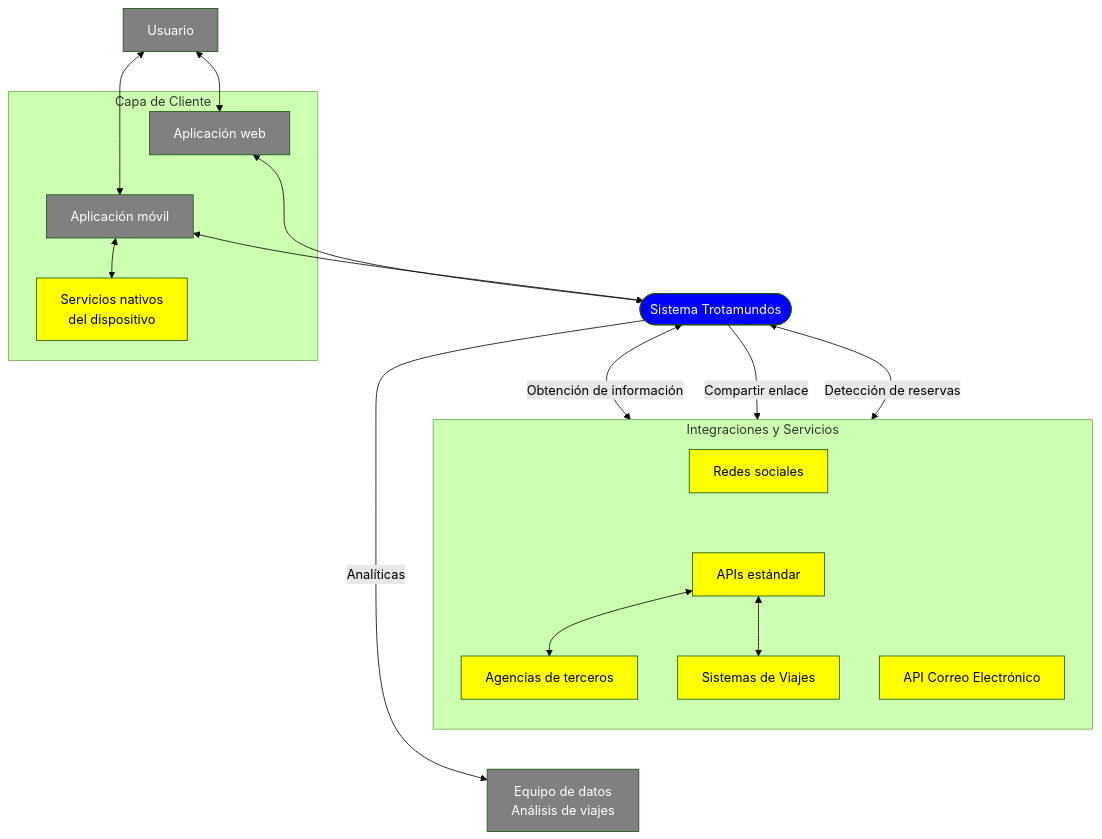
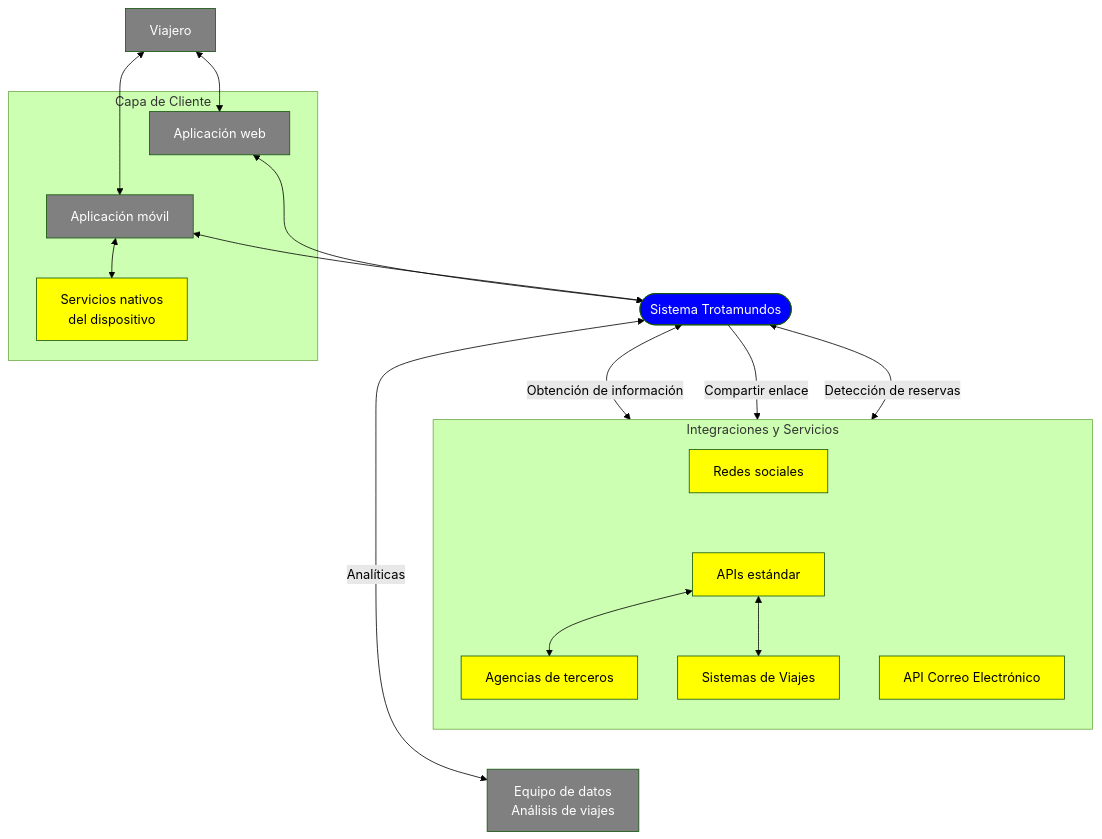
Before and after one commit to RubeKN/trotamundos: the diagram in docs/01-drivers/contexto.md, drawn with Mermaid (forest theme).

Commit message:
Cambie de usuario a viajero para mantener el nombre del actor

````diff
--- a/docs/01-drivers/contexto.md
+++ b/docs/01-drivers/contexto.md
@@ -3,49 +3,49 @@
 ```mermaid
 flowchart TB
-    Usuario["Usuario"]
+    Viajero["Viajero"]
 
     subgraph Clientes ["Capa de Cliente"]
         Web["Aplicación web"]
         App["Aplicación móvil"]
         ServiciosNativos["Servicios nativos<br/>del dispositivo"]
     end
 
     Datos["Equipo de datos<br/>Análisis de viajes"]
     Sistema(["Sistema Trotamundos"])
 
 
     subgraph Integraciones ["Integraciones y Servicios"]
         direction TB
         APIs["APIs estándar"]
         Agencias["Agencias de terceros"]
         SistemasDeViajes["Sistemas de Viajes"]
         Correo["API Correo Electrónico"]
         Redes["Redes sociales"]
     end
 
-    Usuario <--> Web
-    Usuario <--> App
+    Viajero <--> Web
+    Viajero <--> App
     App <--> ServiciosNativos
 
     Web <--> Sistema
     App <--> Sistema
 
     Sistema <--> |"Obtención de información"| APIs
     APIs <--> Agencias
     APIs <--> SistemasDeViajes
 
     Sistema --> |"Compartir enlace"| Redes
     Sistema <--> |"Detección de reservas"| Correo
-    Sistema --> |"Analíticas"| Datos
+    Sistema <--> |"Analíticas"| Datos
 
     Web ~~~ App
     App ~~~ ServiciosNativos
     Redes ~~~ APIs ~~~ Correo ~~~ Datos
 
     classDef core fill:#0000ff,color:#ffffff
     classDef actor fill:#808080,color:#ffffff
     classDef external fill:#ffff00,color:#000000
     class Sistema core
-    class Usuario,Web,App,Datos actor
+    class Viajero,Web,App,Datos actor
     class Agencias,SistemasDeViajes,APIs,Correo,Redes,ServiciosNativos external
 ```
````
